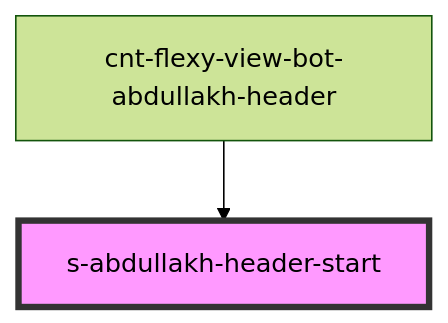
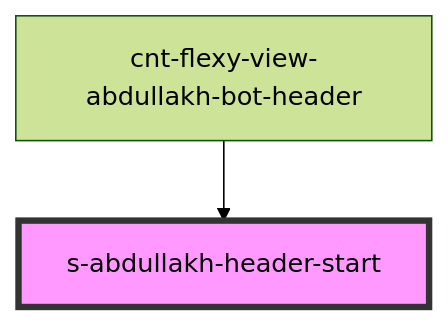
Before and after one commit to Wokh-Dada/botdevelopmentapp: the diagram in src/components/cnt-flexy-view-abdullakh-bot-header-1_0_0/res/view/cnt-flexy-view-abdullakh-bot-header/res/view/s-abdullakh-header-start/readme.md, drawn with Mermaid (forest theme). The commit also changed other lines of this file and 24 other files, not shown here.

````diff
--- a/src/components/cnt-flexy-view-abdullakh-bot-header-1_0_0/res/view/cnt-flexy-view-abdullakh-bot-header/res/view/s-abdullakh-header-start/readme.md
+++ b/src/components/cnt-flexy-view-abdullakh-bot-header-1_0_0/res/view/cnt-flexy-view-abdullakh-bot-header/res/view/s-abdullakh-header-start/readme.md
@@ -29,5 +29,5 @@
 ```mermaid
 graph TD;
-  cnt-flexy-view-bot-abdullakh-header --> s-abdullakh-header-start
+  cnt-flexy-view-abdullakh-bot-header --> s-abdullakh-header-start
   style s-abdullakh-header-start fill:#f9f,stroke:#333,stroke-width:4px
 ```
````
